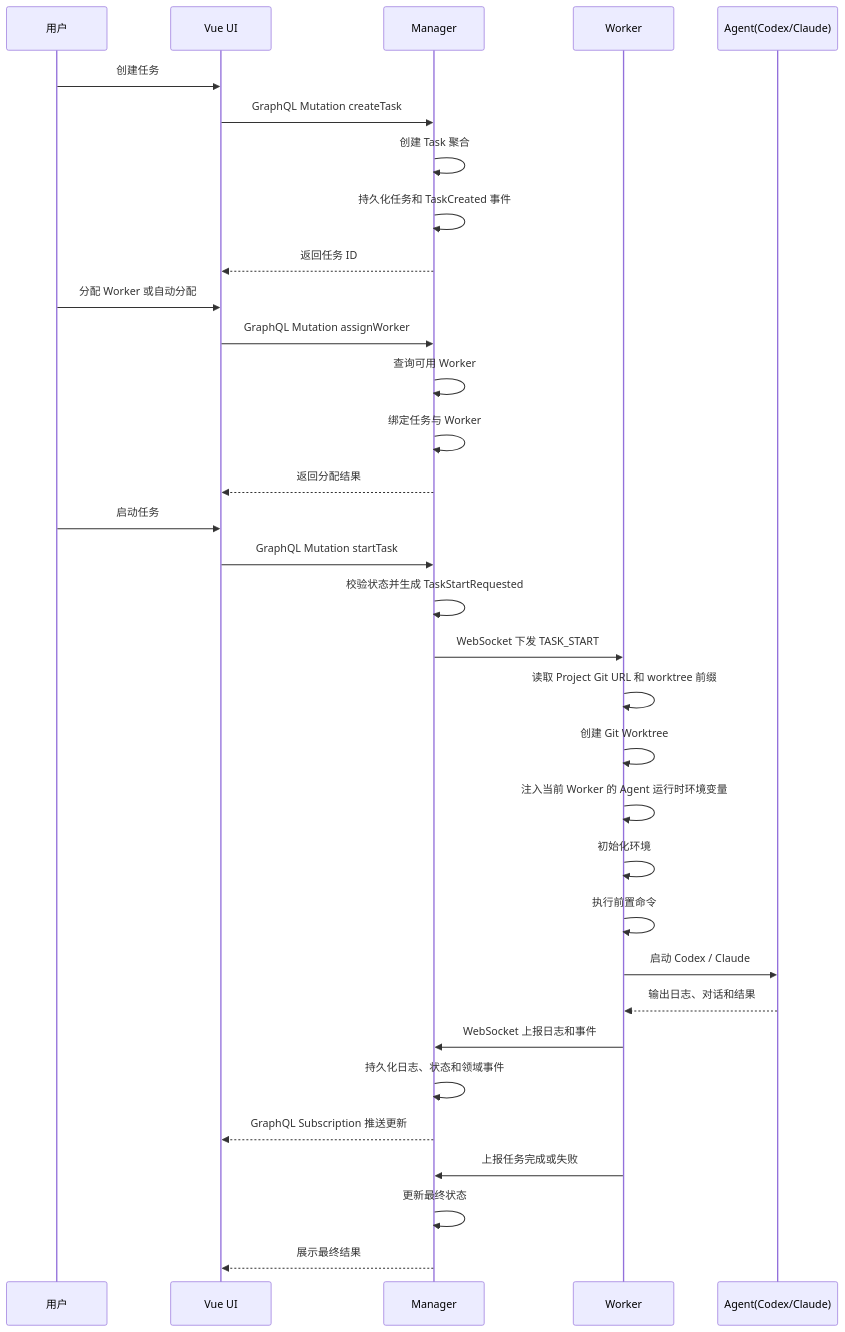
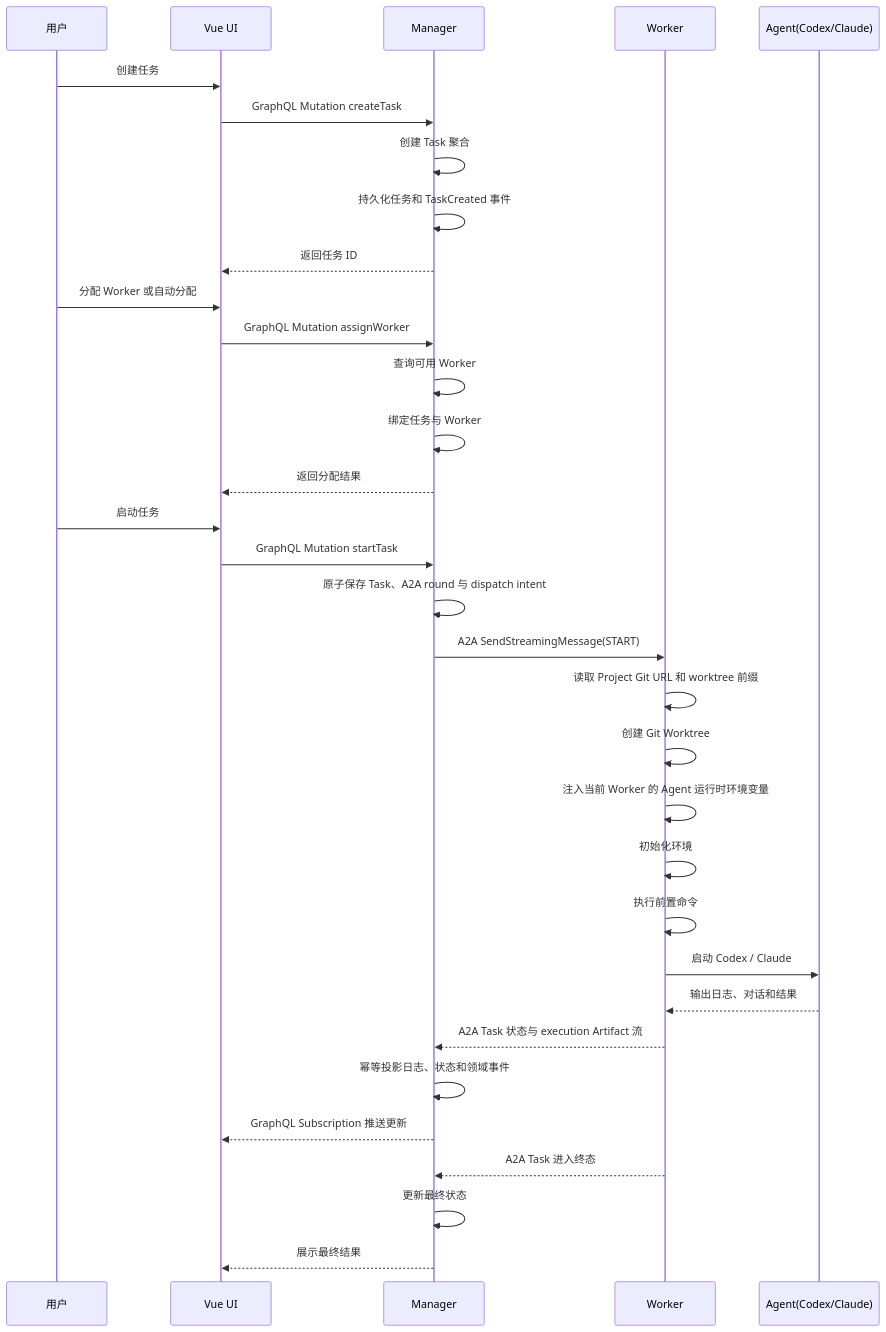
The first of 7 diagrams in docs/system-design.md (tangxusc/block-play-table), drawn with Mermaid before and after one commit. The commit also changed other lines of this file and 214 other files, not shown here.

Commit message:
feat: migrate task execution to A2A v1.0

````diff
--- a/docs/system-design.md
+++ b/docs/system-design.md
@@ -347,41 +349,41 @@
 ```mermaid
 sequenceDiagram
     participant U as 用户
     participant UI as Vue UI
     participant M as Manager
     participant W as Worker
     participant A as Agent(Codex/Claude)
 
     U->>UI: 创建任务
     UI->>M: GraphQL Mutation createTask
     M->>M: 创建 Task 聚合
     M->>M: 持久化任务和 TaskCreated 事件
     M-->>UI: 返回任务 ID
 
     U->>UI: 分配 Worker 或自动分配
     UI->>M: GraphQL Mutation assignWorker
     M->>M: 查询可用 Worker
     M->>M: 绑定任务与 Worker
     M-->>UI: 返回分配结果
 
     U->>UI: 启动任务
     UI->>M: GraphQL Mutation startTask
-    M->>M: 校验状态并生成 TaskStartRequested
-    M->>W: WebSocket 下发 TASK_START
+    M->>M: 原子保存 Task、A2A round 与 dispatch intent
+    M->>W: A2A SendStreamingMessage(START)
 
     W->>W: 读取 Project Git URL 和 worktree 前缀
     W->>W: 创建 Git Worktree
     W->>W: 注入当前 Worker 的 Agent 运行时环境变量
     W->>W: 初始化环境
     W->>W: 执行前置命令
     W->>A: 启动 Codex / Claude
     A-->>W: 输出日志、对话和结果
 
-    W->>M: WebSocket 上报日志和事件
-    M->>M: 持久化日志、状态和领域事件
+    W-->>M: A2A Task 状态与 execution Artifact 流
+    M->>M: 幂等投影日志、状态和领域事件
     M-->>UI: GraphQL Subscription 推送更新
 
-    W->>M: 上报任务完成或失败
+    W-->>M: A2A Task 进入终态
     M->>M: 更新最终状态
     M-->>UI: 展示最终结果
 ```
````
